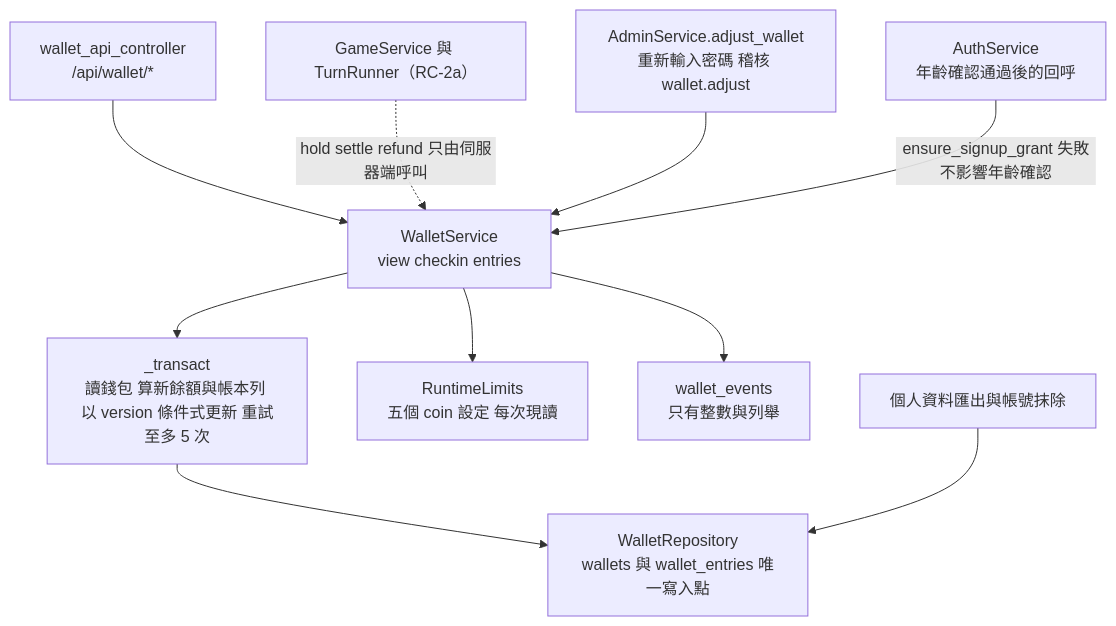
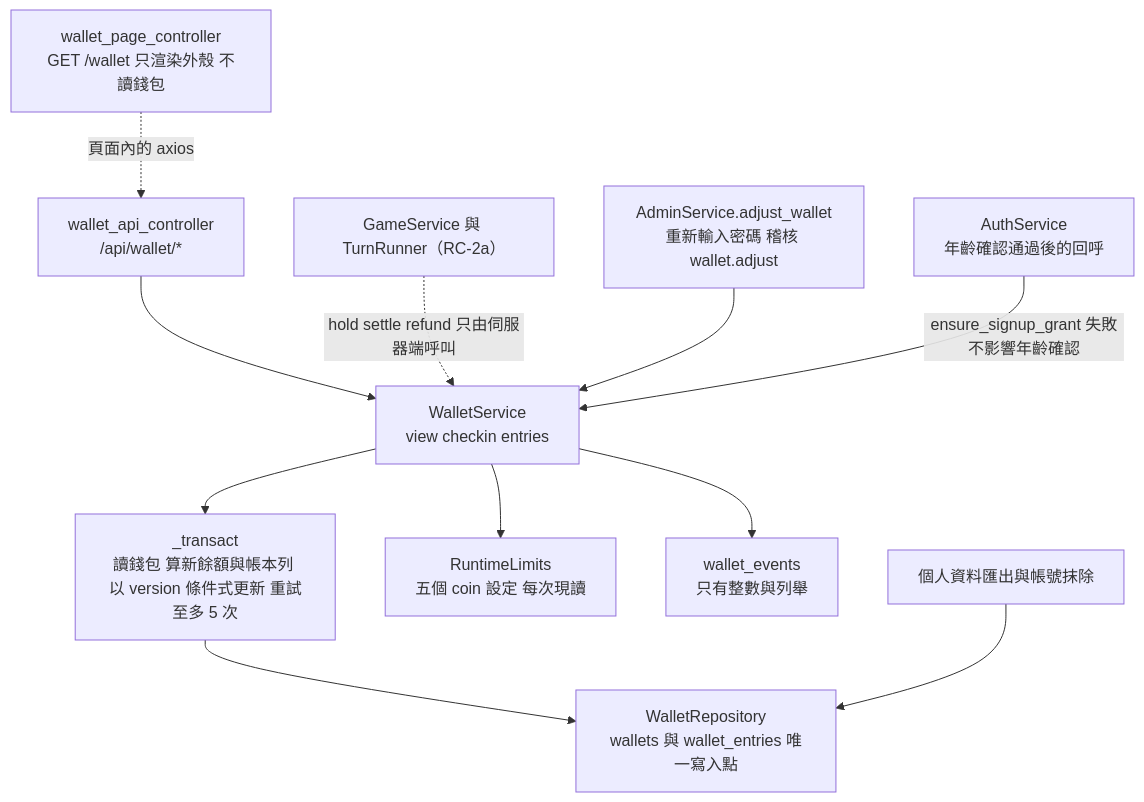
One commit to pp466pp466/R.A.C changed the sixth of 10 diagrams in docs/系統架構-architecture.md. Above: the diagram before and after it, drawn with Mermaid. The commit also changed other lines of this file and 6 other files, not shown here.

````diff
--- a/docs/系統架構-architecture.md
+++ b/docs/系統架構-architecture.md
@@ -244,12 +244,13 @@
 ```mermaid
 flowchart TD
     Ctl["wallet_api_controller<br/>/api/wallet/*"] --> WSvc["WalletService<br/>view checkin entries"]
+    Page["wallet_page_controller<br/>GET /wallet 只渲染外殼 不讀錢包"] -.->|"頁面內的 axios"| Ctl
     Turn["GameService 與 TurnRunner（RC-2a）"] -.->|"hold settle refund 只由伺服器端呼叫"| WSvc
     Adm["AdminService.adjust_wallet<br/>重新輸入密碼 稽核 wallet.adjust"] --> WSvc
     Auth["AuthService<br/>年齡確認通過後的回呼"] -->|"ensure_signup_grant 失敗不影響年齡確認"| WSvc
     WSvc --> Tx["_transact<br/>讀錢包 算新餘額與帳本列 以 version 條件式更新 重試至多 5 次"]
     Tx --> WRepo["WalletRepository<br/>wallets 與 wallet_entries 唯一寫入點"]
     WSvc --> Lim["RuntimeLimits<br/>五個 coin 設定 每次現讀"]
     WSvc --> Evt["wallet_events<br/>只有整數與列舉"]
     Exp["個人資料匯出與帳號抹除"] --> WRepo
 ```
````
